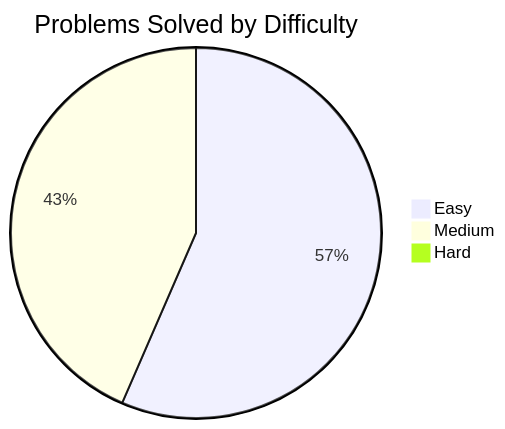
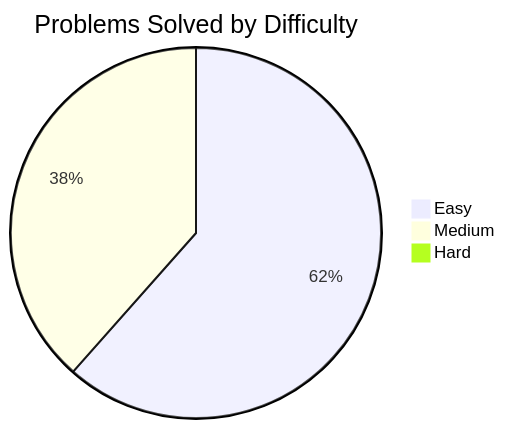
The diagram in README.md (xiaotwu/LeetPy), drawn with Mermaid before and after one commit. The commit also changed other lines of this file and 4 other files, not shown here.

````diff
--- a/README.md
+++ b/README.md
@@ -28,6 +28,6 @@
 ```mermaid
 pie title Problems Solved by Difficulty
-    "Easy" : 13
+    "Easy" : 16
     "Medium" : 10
     "Hard" : 0
 ```
````
